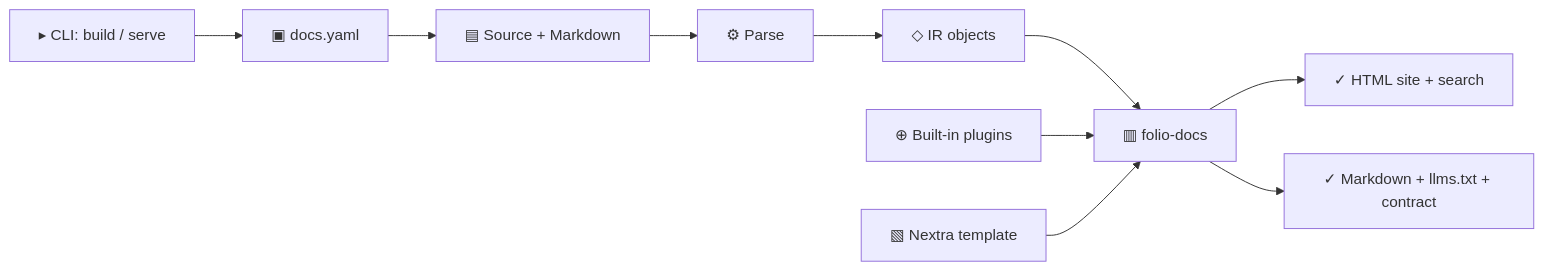
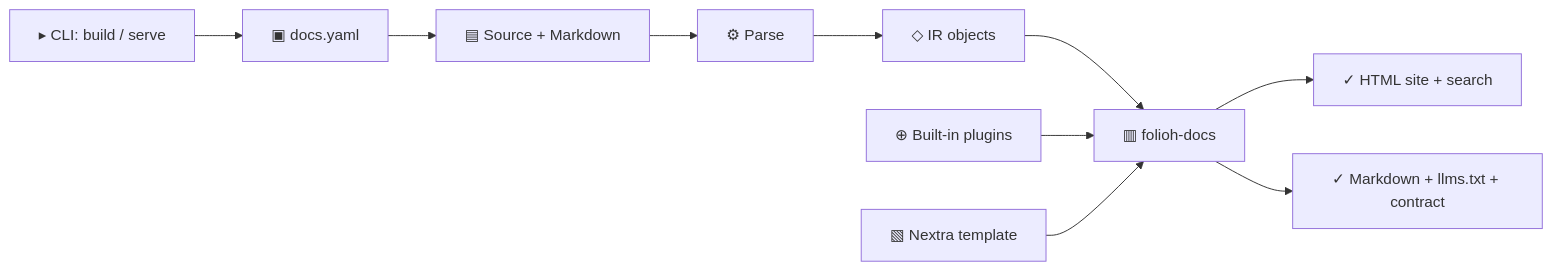
One commit to pguijas/folio changed the diagram in docs/guide/architecture.md. Above: the diagram before and after it, drawn with Mermaid. The commit also changed other lines of this file and 638 other files, not shown here.

````diff
--- a/docs/guide/architecture.md
+++ b/docs/guide/architecture.md
@@ -14,12 +14,12 @@
 ```mermaid
 flowchart LR
     CLI["▸ CLI: build / serve"] --> Config["▣ docs.yaml"]
     Config --> Sources["▤ Source + Markdown"]
     Sources --> Parse["⚙ Parse"]
     Parse --> IRNode["◇ IR objects"]
-    IRNode --> Docs["▥ folio-docs"]
+    IRNode --> Docs["▥ folioh-docs"]
     Extensions["⊕ Built-in plugins"] --> Docs
     Template["▧ Nextra template"] --> Docs
     Docs --> Site["✓ HTML site + search"]
     Docs --> Context["✓ Markdown + llms.txt + contract"]
 ```
````
